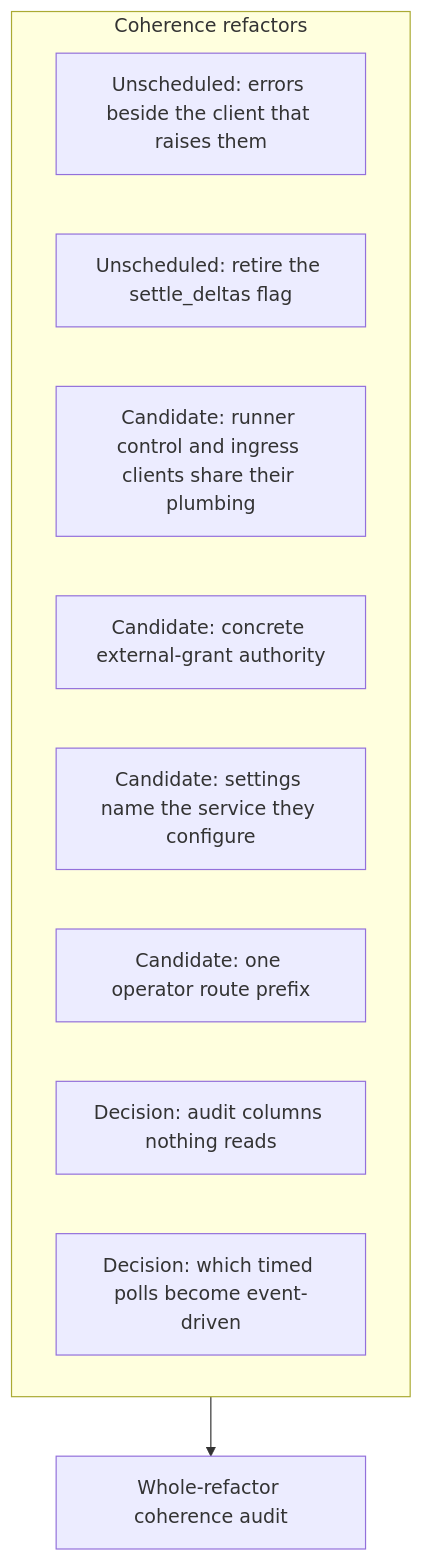
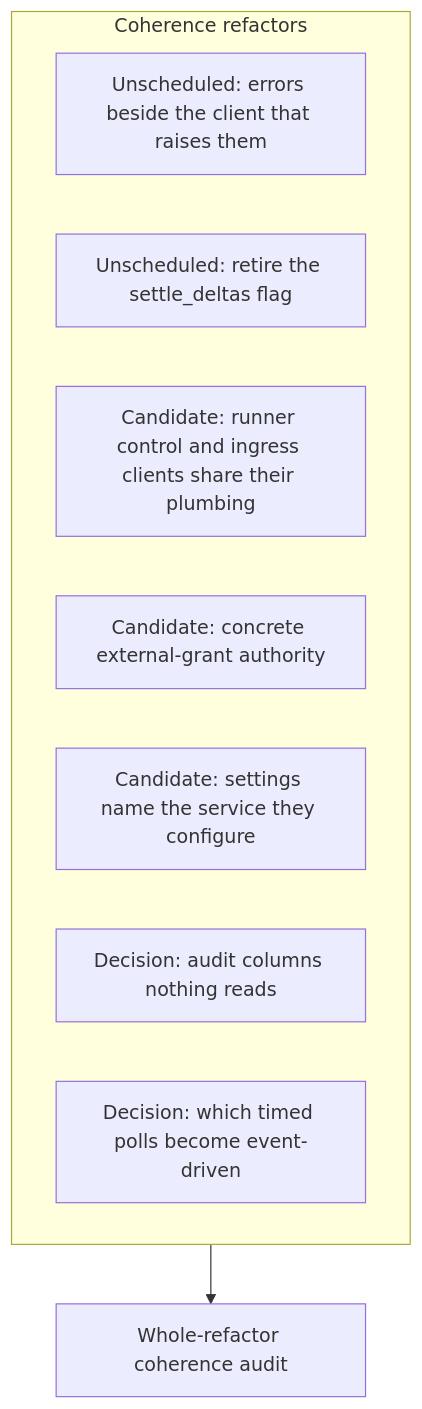
One commit to agentydragon-agent/ducktape changed diagram 14 of 14 in agentplane/plans/task_dag.md. Above: the diagram before and after it, drawn with Mermaid. The commit also changed other lines of this file and 5 other files, not shown here.

````diff
--- a/agentplane/plans/task_dag.md
+++ b/agentplane/plans/task_dag.md
@@ -935,14 +934,13 @@
 ```mermaid
 flowchart TD
     subgraph COHERENCE_REFACTORS[Coherence refactors]
         RUNNER_ERRORS_REHOME[Unscheduled: errors beside the client that raises them]
         SETTLE_DELTAS_ALWAYS_ON[Unscheduled: retire the settle_deltas flag]
         RUNNER_CORE_SPLIT[Candidate: runner control and ingress clients share their plumbing]
         ACTION_PROTOCOLS_CONCRETE[Candidate: concrete external-grant authority]
         SERVICE_SETTING_NAMES[Candidate: settings name the service they configure]
-        OPERATOR_ROUTE_PREFIX[Candidate: one operator route prefix]
         NOTIFICATION_WRITE_ONLY_COLUMNS[Decision: audit columns nothing reads]
         EVENT_DRIVEN_WAKEUPS[Decision: which timed polls become event-driven]
     end
     COHERENCE_REFACTORS --> REFACTOR_COHERENCE_AUDIT[Whole-refactor coherence audit]
 ```
````
